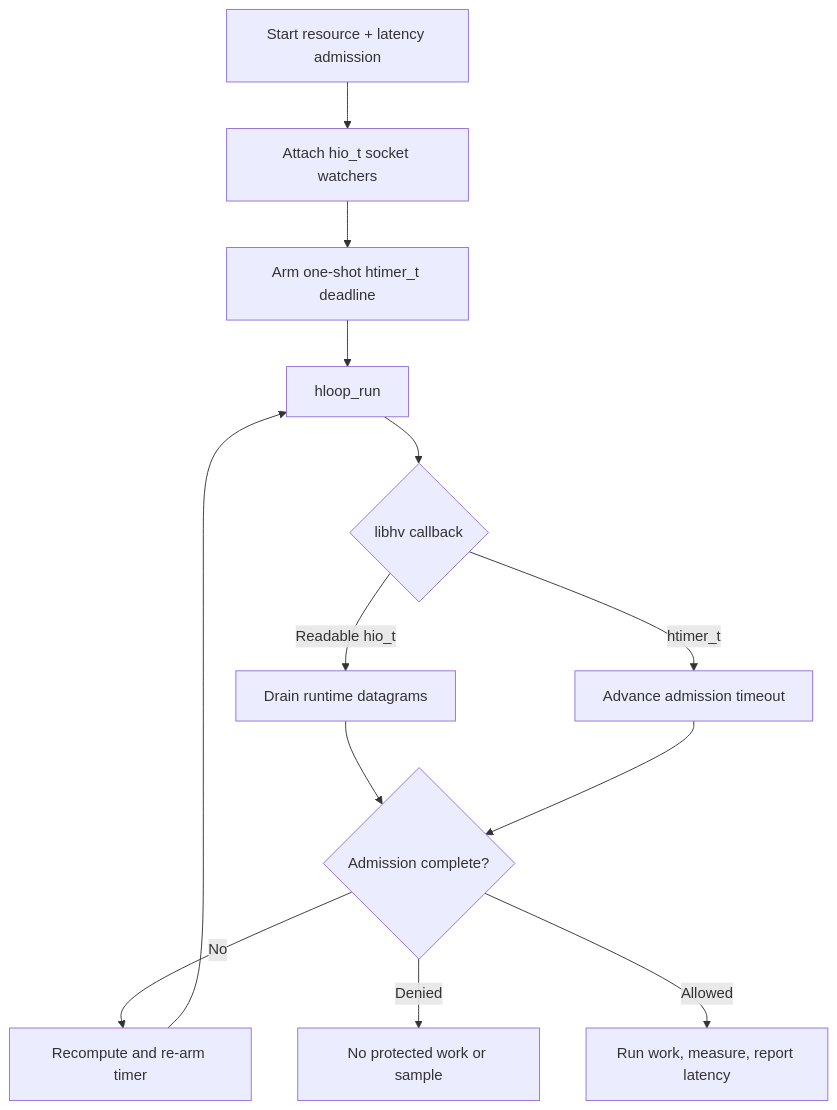
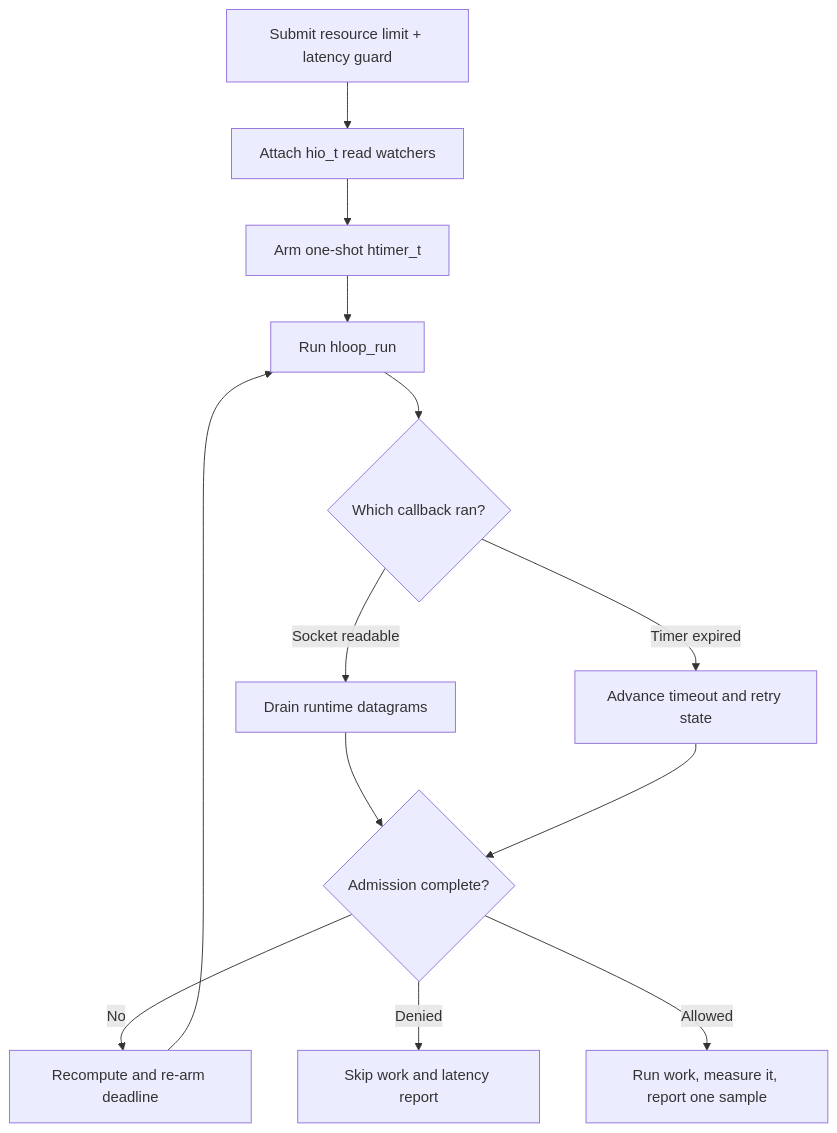
Before and after one commit to ratelimitly-com/rl-c-client: the diagram in examples/libhv/README.md, drawn with Mermaid. The commit also changed other lines of this file, not shown here.

Commit message:
docs(libhv): explain watcher contract

````diff
--- a/examples/libhv/README.md
+++ b/examples/libhv/README.md
@@ -10,15 +26,15 @@
 ```mermaid
 flowchart TD
-    Start["Start resource + latency admission"] --> Watch["Attach hio_t socket watchers"]
-    Watch --> Timer["Arm one-shot htimer_t deadline"]
-    Timer --> Loop["hloop_run"]
-    Loop --> Event{"libhv callback"}
-    Event -->|Readable hio_t| Read["Drain runtime datagrams"]
-    Event -->|htimer_t| Timeout["Advance admission timeout"]
+    Start["Submit resource limit + latency guard"] --> Watch["Attach hio_t read watchers"]
+    Watch --> Timer["Arm one-shot htimer_t"]
+    Timer --> Loop["Run hloop_run"]
+    Loop --> Event{"Which callback ran?"}
+    Event -->|Socket readable| Read["Drain runtime datagrams"]
+    Event -->|Timer expired| Timeout["Advance timeout and retry state"]
     Read --> Decision{"Admission complete?"}
     Timeout --> Decision
-    Decision -->|No| Rearm["Recompute and re-arm timer"]
+    Decision -->|No| Rearm["Recompute and re-arm deadline"]
     Rearm --> Loop
-    Decision -->|Denied| Reject["No protected work or sample"]
-    Decision -->|Allowed| Work["Run work, measure, report latency"]
+    Decision -->|Denied| Reject["Skip work and latency report"]
+    Decision -->|Allowed| Work["Run work, measure it, report one sample"]
 ```
````
